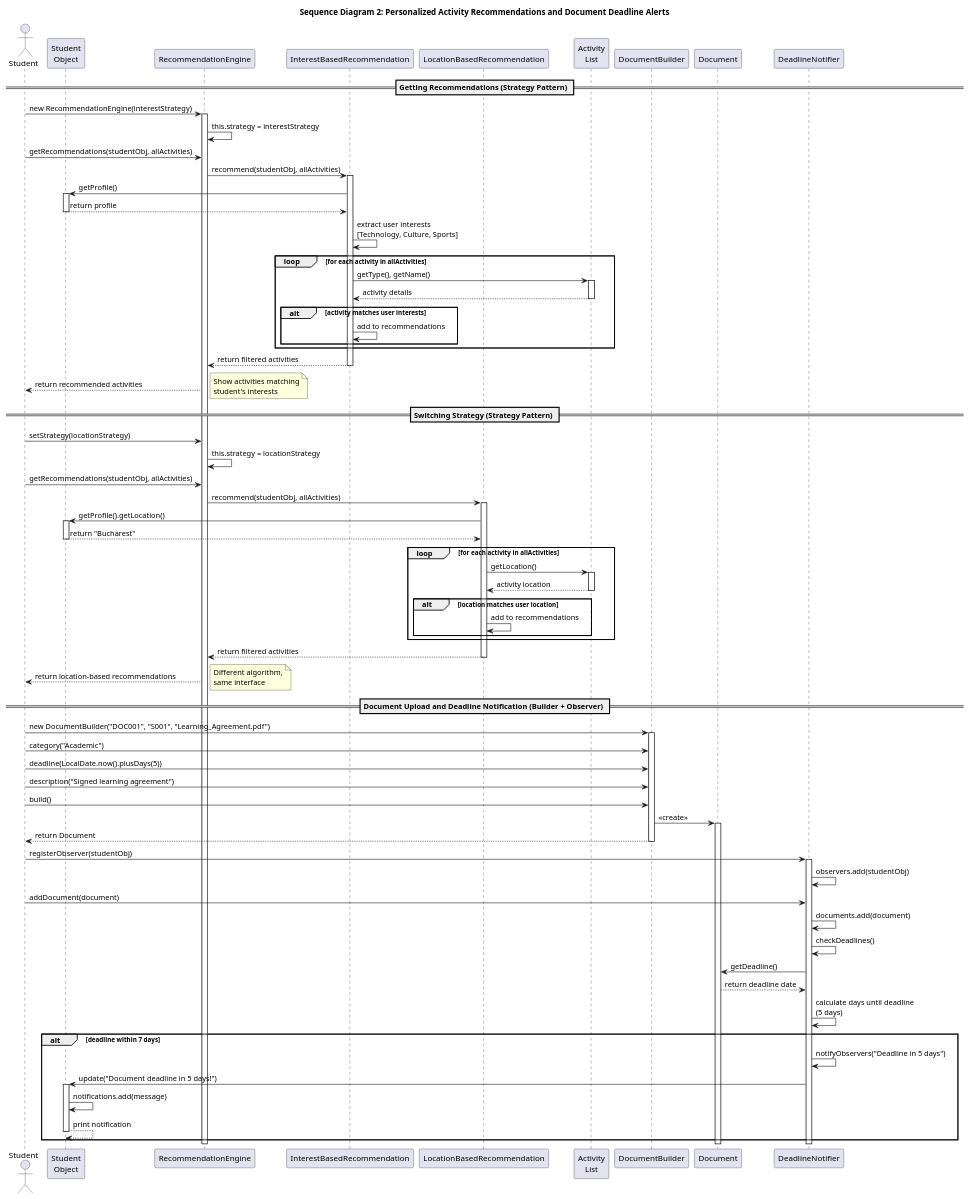
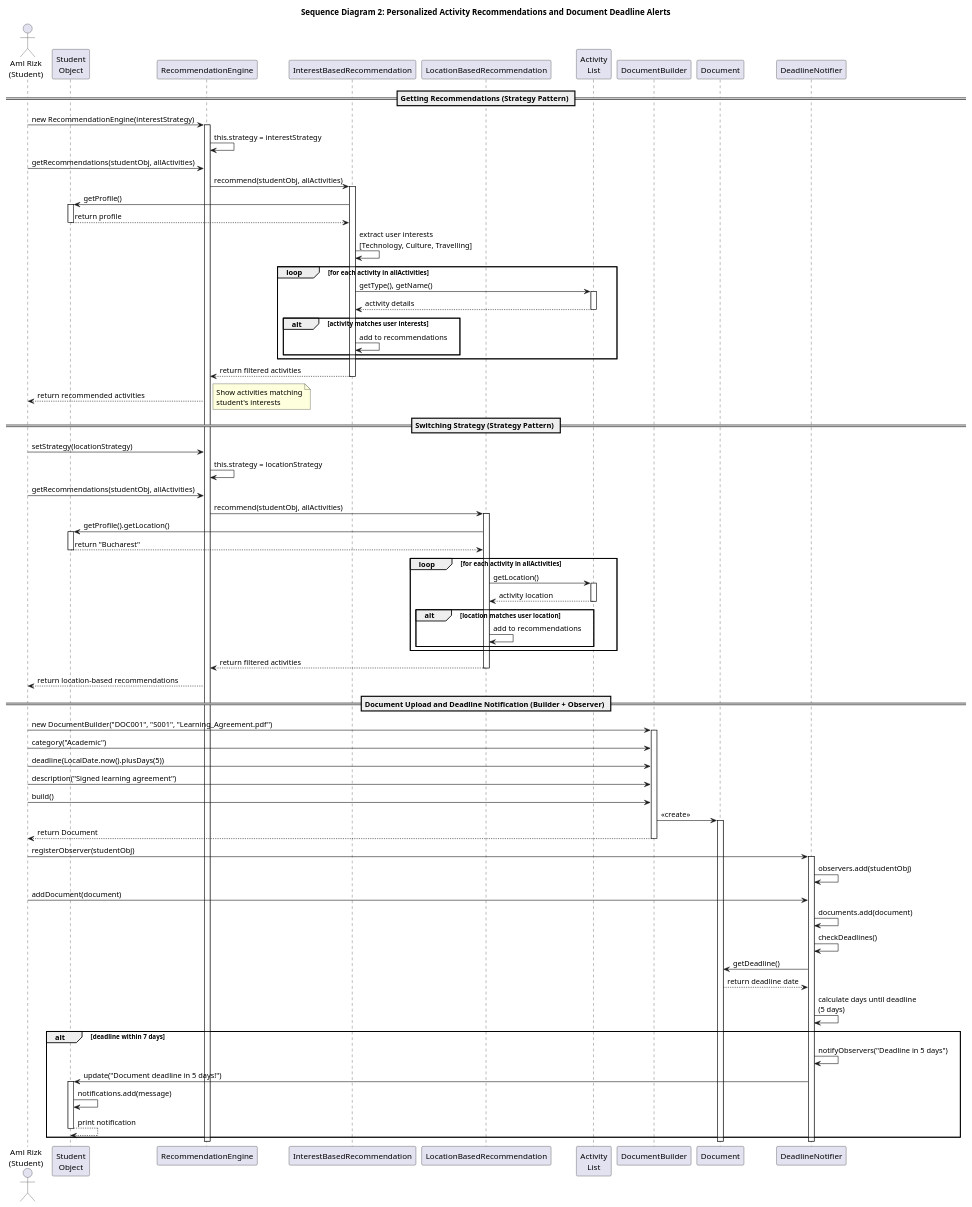
The diagram in diagrams/sequence-diagram-2.puml (amlrizk03/erasmus-journey-companion), drawn with PlantUML before and after one commit. The commit also changed 25 other files, not shown here.

Commit message:
Add Milestone 2 UML diagrams and implementation

```diff
--- a/diagrams/sequence-diagram-2.puml
+++ b/diagrams/sequence-diagram-2.puml
@@ -1,122 +1,119 @@
 @startuml Activity Recommendation and Document Deadline Notification
 
 title Sequence Diagram 2: Personalized Activity Recommendations and Document Deadline Alerts
 
-actor Student as student
+actor "Aml Rizk\n(Student)" as student
 participant "Student\nObject" as studentObj
 participant "RecommendationEngine" as engine
 participant "InterestBasedRecommendation" as interestStrategy
 participant "LocationBasedRecommendation" as locationStrategy
 participant "Activity\nList" as activities
 participant "DocumentBuilder" as docBuilder
 participant "Document" as document
 participant "DeadlineNotifier" as notifier
 
 == Getting Recommendations (Strategy Pattern) ==
 student -> engine : new RecommendationEngine(interestStrategy)
 activate engine
 engine -> engine : this.strategy = interestStrategy
 
 student -> engine : getRecommendations(studentObj, allActivities)
 engine -> interestStrategy : recommend(studentObj, allActivities)
 activate interestStrategy
 
 interestStrategy -> studentObj : getProfile()
 activate studentObj
 studentObj --> interestStrategy : return profile
 deactivate studentObj
 
-interestStrategy -> interestStrategy : extract user interests\n[Technology, Culture, Sports]
+interestStrategy -> interestStrategy : extract user interests\n[Technology, Culture, Travelling]
 
 loop for each activity in allActivities
     interestStrategy -> activities : getType(), getName()
     activate activities
     activities --> interestStrategy : activity details
     deactivate activities
     
     alt activity matches user interests
         interestStrategy -> interestStrategy : add to recommendations
     end
 end
 
 interestStrategy --> engine : return filtered activities
 deactivate interestStrategy
 engine --> student : return recommended activities
 
 note right
   Show activities matching
   student's interests
 end note
 
 == Switching Strategy (Strategy Pattern) ==
 student -> engine : setStrategy(locationStrategy)
 engine -> engine : this.strategy = locationStrategy
 
 student -> engine : getRecommendations(studentObj, allActivities)
 engine -> locationStrategy : recommend(studentObj, allActivities)
 activate locationStrategy
 
 locationStrategy -> studentObj : getProfile().getLocation()
 activate studentObj
 studentObj --> locationStrategy : return "Bucharest"
 deactivate studentObj
 
 loop for each activity in allActivities
     locationStrategy -> activities : getLocation()
     activate activities
     activities --> locationStrategy : activity location
     deactivate activities
     
     alt location matches user location
         locationStrategy -> locationStrategy : add to recommendations
     end
 end
 
 locationStrategy --> engine : return filtered activities
 deactivate locationStrategy
 engine --> student : return location-based recommendations
 
-note right
-  Different algorithm,
-  same interface
-end note
+
 
 == Document Upload and Deadline Notification (Builder + Observer) ==
 student -> docBuilder : new DocumentBuilder("DOC001", "S001", "Learning_Agreement.pdf")
 activate docBuilder
 student -> docBuilder : category("Academic")
 student -> docBuilder : deadline(LocalDate.now().plusDays(5))
 student -> docBuilder : description("Signed learning agreement")
 student -> docBuilder : build()
 docBuilder -> document : <<create>>
 activate document
 docBuilder --> student : return Document
 deactivate docBuilder
 
 student -> notifier : registerObserver(studentObj)
 activate notifier
 notifier -> notifier : observers.add(studentObj)
 
 student -> notifier : addDocument(document)
 notifier -> notifier : documents.add(document)
 notifier -> notifier : checkDeadlines()
 
 notifier -> document : getDeadline()
 document --> notifier : return deadline date
 
 notifier -> notifier : calculate days until deadline\n(5 days)
 
 alt deadline within 7 days
     notifier -> notifier : notifyObservers("Deadline in 5 days")
     notifier -> studentObj : update("Document deadline in 5 days!")
     activate studentObj
     studentObj -> studentObj : notifications.add(message)
     studentObj --> studentObj : print notification
     deactivate studentObj
 end
 
 deactivate notifier
 deactivate document
 deactivate engine
 
 @enduml
```
